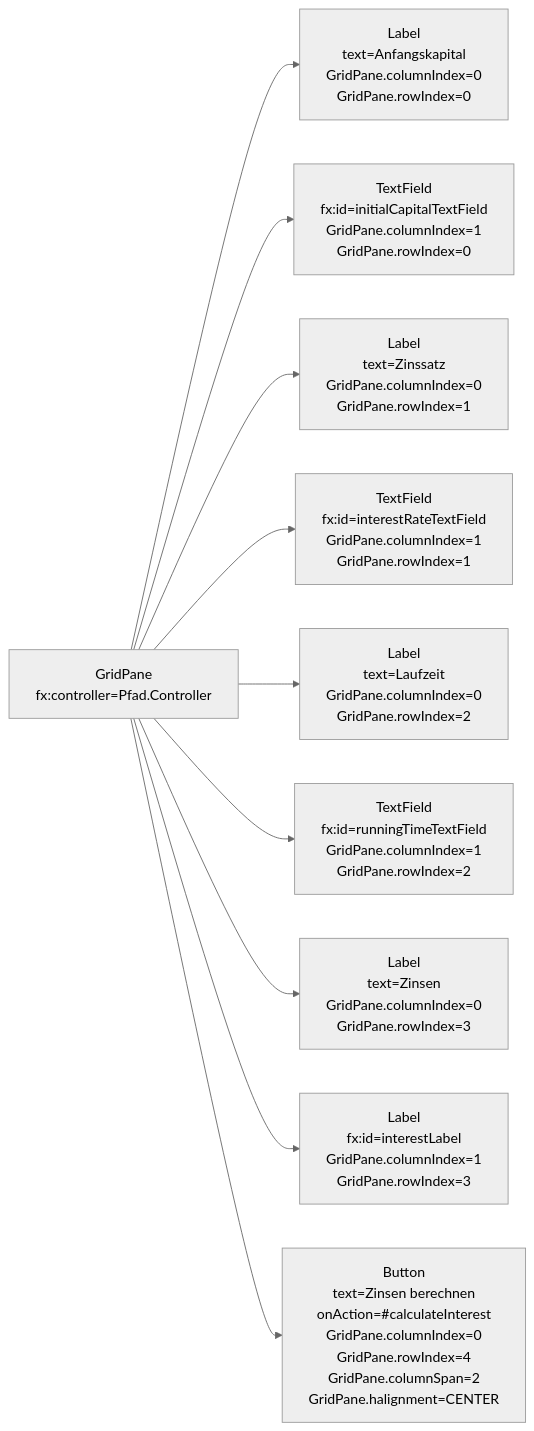
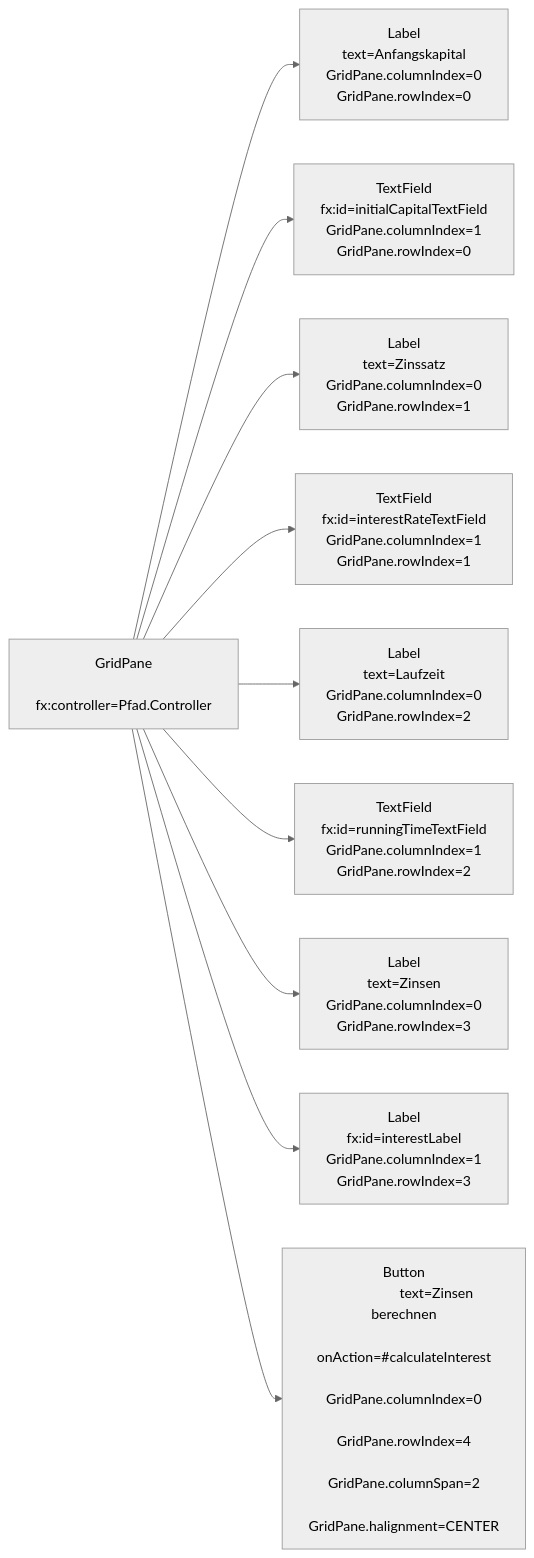
Before and after one commit to jappuccini/java-docs: the second of 2 diagrams in docs/exercises/javafx/javafx03.md, drawn with Mermaid (neutral theme). The commit also changed 64 other files, not shown here.

````diff
--- a/docs/exercises/javafx/javafx03.md
+++ b/docs/exercises/javafx/javafx03.md
@@ -41,23 +41,54 @@
 ```mermaid
 flowchart LR
-	gridpane[GridPane\nfx:controller=Pfad.Controller]
-	label1[Label\ntext=Anfangskapital\nGridPane.columnIndex=0\nGridPane.rowIndex=0]
-	label2[Label\ntext=Zinssatz\nGridPane.columnIndex=0\nGridPane.rowIndex=1]
-	label3[Label\ntext=Laufzeit\nGridPane.columnIndex=0\nGridPane.rowIndex=2]
-	label4[Label\ntext=Zinsen\nGridPane.columnIndex=0\nGridPane.rowIndex=3]
-	label5[Label\nfx:id=interestLabel\nGridPane.columnIndex=1\nGridPane.rowIndex=3]
-	textfield1[TextField\nfx:id=initialCapitalTextField\nGridPane.columnIndex=1\nGridPane.rowIndex=0]
-	textfield2[TextField\nfx:id=interestRateTextField\nGridPane.columnIndex=1\nGridPane.rowIndex=1]
-	textfield3[TextField\nfx:id=runningTimeTextField\nGridPane.columnIndex=1\nGridPane.rowIndex=2]
-	button[Button\ntext=Zinsen berechnen\nonAction=#calculateInterest\nGridPane.columnIndex=0\nGridPane.rowIndex=4\nGridPane.columnSpan=2\nGridPane.halignment=CENTER]
+	gridpane[GridPane
+	         fx:controller=Pfad.Controller]
+	label1[Label
+	       text=Anfangskapital
+	       GridPane.columnIndex=0
+	       GridPane.rowIndex=0]
+	label2[Label
+	       text=Zinssatz
+	       GridPane.columnIndex=0
+	       GridPane.rowIndex=1]
+	label3[Label
+	       text=Laufzeit
+	       GridPane.columnIndex=0
+	       GridPane.rowIndex=2]
+	label4[Label
+	       text=Zinsen
+	       GridPane.columnIndex=0
+	       GridPane.rowIndex=3]
+	label5[Label
+	       fx:id=interestLabel
+	       GridPane.columnIndex=1
+	       GridPane.rowIndex=3]
+	textfield1[TextField
+	           fx:id=initialCapitalTextField
+	           GridPane.columnIndex=1
+	           GridPane.rowIndex=0]
+	textfield2[TextField
+	           fx:id=interestRateTextField
+	           GridPane.columnIndex=1
+	           GridPane.rowIndex=1]
+	textfield3[TextField
+	           fx:id=runningTimeTextField
+	           GridPane.columnIndex=1
+	           GridPane.rowIndex=2]
+	button[Button
+	           text=Zinsen berechnen
+	           onAction=#calculateInterest
+	           GridPane.columnIndex=0
+	           GridPane.rowIndex=4
+	           GridPane.columnSpan=2
+	           GridPane.halignment=CENTER]
 
     gridpane --> label1
     gridpane --> textfield1
     gridpane --> label2
     gridpane --> textfield2
     gridpane --> label3
     gridpane --> textfield3
     gridpane --> label4
     gridpane --> label5
     gridpane --> button
 ```
````
